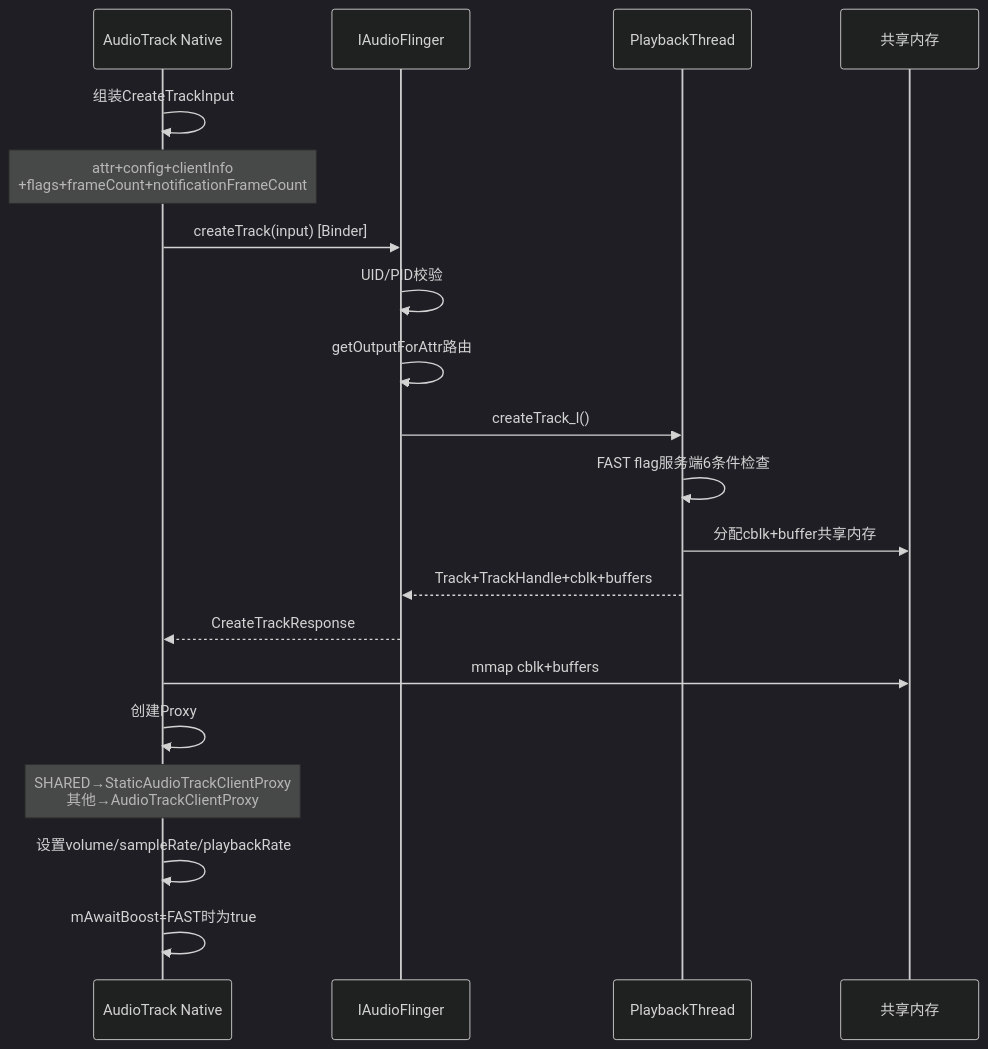
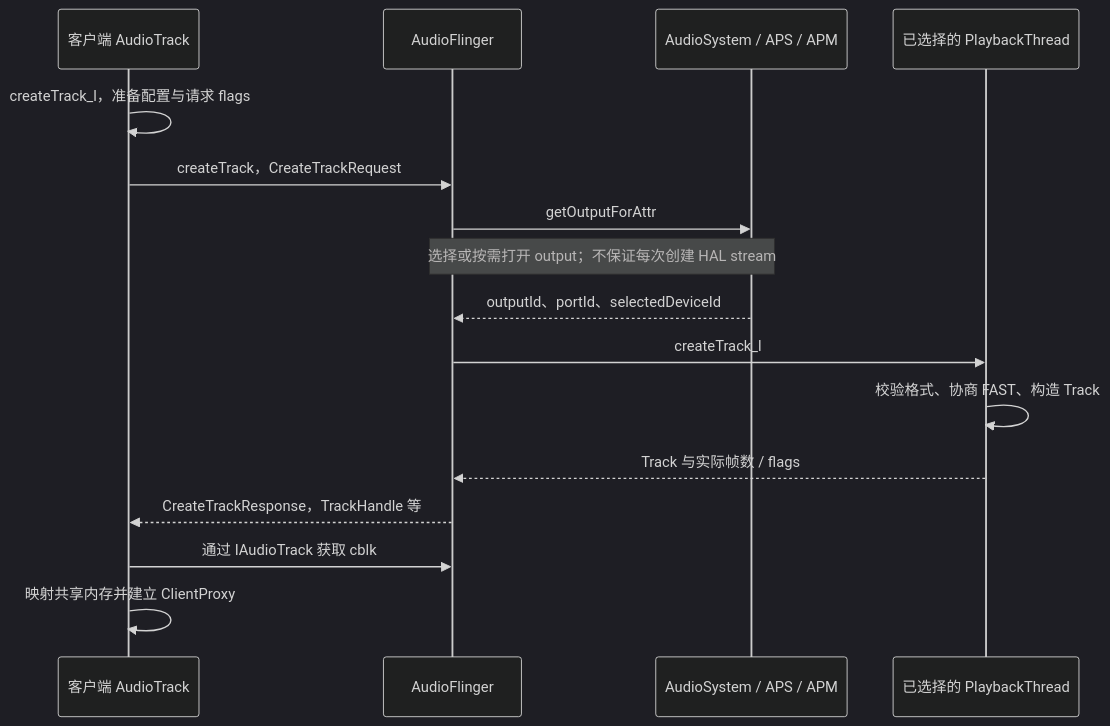
The first of 3 diagrams in 05_AudioFlinger/05_5.9_音乐播放全栈调用链.md (yanglinzhen1022/SA8295_AAOS_QNX_Audio_KnowledgeBase), drawn with Mermaid (dark theme) before and after one commit. The commit also changed other lines of this file and 11 other files, not shown here.

````diff
--- a/05_AudioFlinger/05_5.9_音乐播放全栈调用链.md
+++ b/05_AudioFlinger/05_5.9_音乐播放全栈调用链.md
@@ -169,23 +21,18 @@
 ```mermaid
 sequenceDiagram
-    participant AT as AudioTrack Native
-    participant AF as IAudioFlinger
-    participant PT as PlaybackThread
-    participant Mem as 共享内存
-
-    AT->>AT: 组装CreateTrackInput
-    Note over AT: attr+config+clientInfo<br>+flags+frameCount+notificationFrameCount
-    AT->>AF: createTrack(input) [Binder]
-    AF->>AF: UID/PID校验
-    AF->>AF: getOutputForAttr路由
-    AF->>PT: createTrack_l()
-    PT->>PT: FAST flag服务端6条件检查
-    PT->>Mem: 分配cblk+buffer共享内存
-    PT-->>AF: Track+TrackHandle+cblk+buffers
-    AF-->>AT: CreateTrackResponse
-    AT->>Mem: mmap cblk+buffers
-    AT->>AT: 创建Proxy
-    Note over AT: SHARED→StaticAudioTrackClientProxy<br>其他→AudioTrackClientProxy
-    AT->>AT: 设置volume/sampleRate/playbackRate
-    AT->>AT: mAwaitBoost=FAST时为true
+    participant AT as 客户端 AudioTrack
+    participant AF as AudioFlinger
+    participant AP as AudioSystem / APS / APM
+    participant PT as 已选择的 PlaybackThread
+    AT->>AT: createTrack_l，准备配置与请求 flags
+    AT->>AF: createTrack，CreateTrackRequest
+    AF->>AP: getOutputForAttr
+    Note over AP,AF: 选择或按需打开 output；不保证每次创建 HAL stream
+    AP-->>AF: outputId、portId、selectedDeviceId
+    AF->>PT: createTrack_l
+    PT->>PT: 校验格式、协商 FAST、构造 Track
+    PT-->>AF: Track 与实际帧数 / flags
+    AF-->>AT: CreateTrackResponse，TrackHandle 等
+    AT->>AF: 通过 IAudioTrack 获取 cblk
+    AT->>AT: 映射共享内存并建立 ClientProxy
 ```
````
